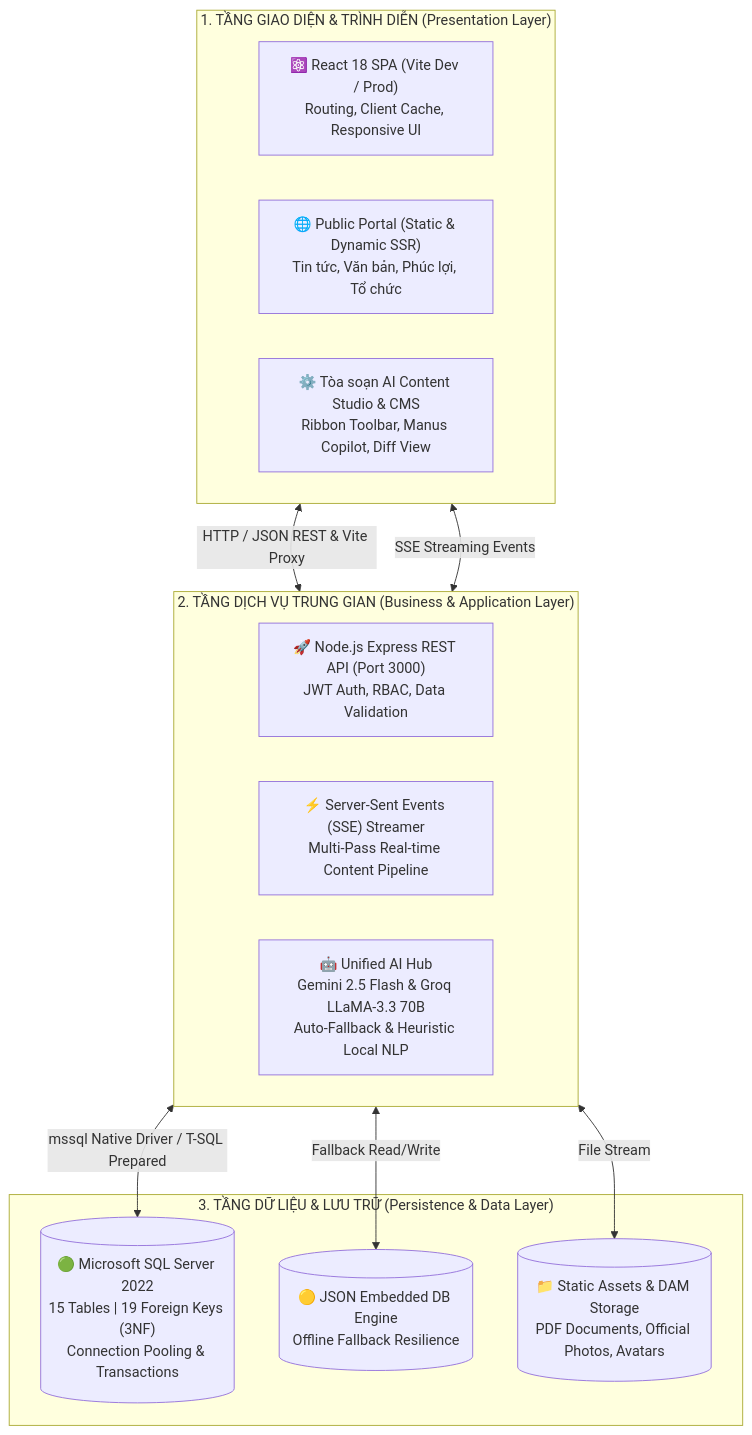
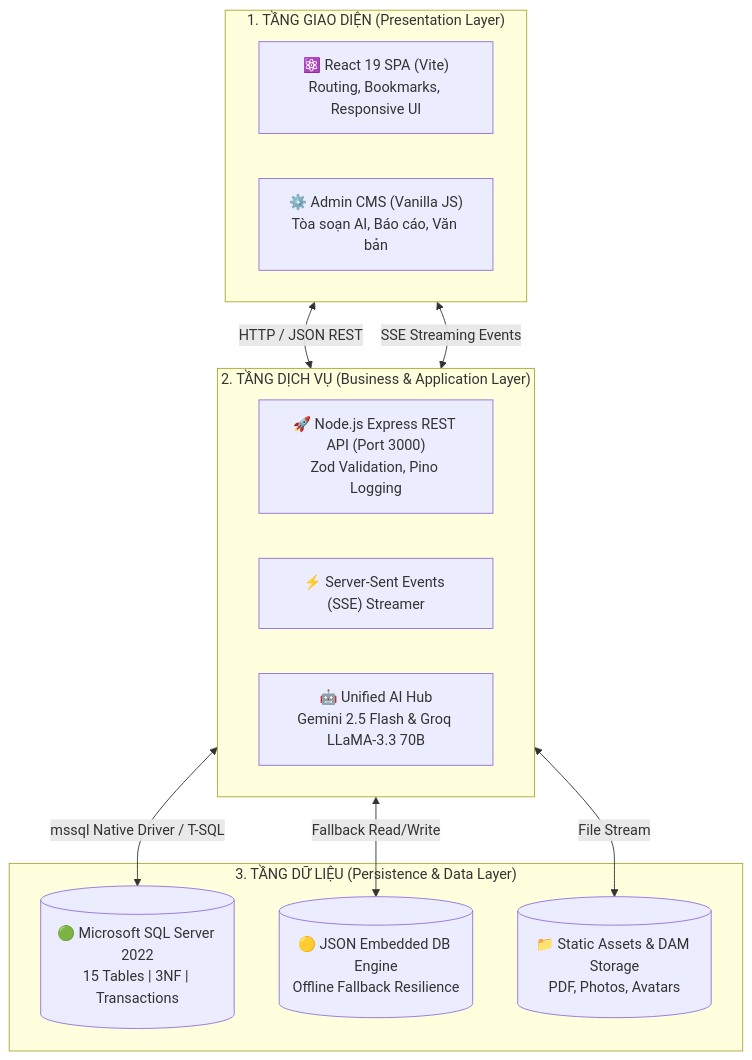
One commit to t5ry7y88889/CongDoanTDMU changed the diagram in README.md. Above: the diagram before and after it, drawn with Mermaid. The commit also changed other lines of this file and 74 other files, not shown here.

First line of the commit message:
feat: modernize to React SPA + Express API with MSSQL/JSON fallback, tests, and fixes

````diff
--- a/README.md
+++ b/README.md
@@ -39,26 +33,25 @@
 ```mermaid
 graph TB
-    subgraph ClientLayer ["1. TẦNG GIAO DIỆN & TRÌNH DIỄN (Presentation Layer)"]
-        ReactApp["⚛️ React 18 SPA (Vite Dev / Prod)<br>Routing, Client Cache, Responsive UI"]
-        PortalApp["🌐 Public Portal (Static & Dynamic SSR)<br>Tin tức, Văn bản, Phúc lợi, Tổ chức"]
-        AdminCMS["⚙️ Tòa soạn AI Content Studio & CMS<br>Ribbon Toolbar, Manus Copilot, Diff View"]
+    subgraph ClientLayer ["1. TẦNG GIAO DIỆN (Presentation Layer)"]
+        ReactApp["⚛️ React 19 SPA (Vite)<br>Routing, Bookmarks, Responsive UI"]
+        AdminCMS["⚙️ Admin CMS (Vanilla JS)<br>Tòa soạn AI, Báo cáo, Văn bản"]
     end
 
-    subgraph ServiceLayer ["2. TẦNG DỊCH VỤ TRUNG GIAN (Business & Application Layer)"]
-        Express["🚀 Node.js Express REST API (Port 3000)<br>JWT Auth, RBAC, Data Validation"]
-        SSEHub["⚡ Server-Sent Events (SSE) Streamer<br>Multi-Pass Real-time Content Pipeline"]
-        AIGateway["🤖 Unified AI Hub<br>Gemini 2.5 Flash & Groq LLaMA-3.3 70B<br>Auto-Fallback & Heuristic Local NLP"]
+    subgraph ServiceLayer ["2. TẦNG DỊCH VỤ (Business & Application Layer)"]
+        Express["🚀 Node.js Express REST API (Port 3000)<br>Zod Validation, Pino Logging"]
+        SSEHub["⚡ Server-Sent Events (SSE) Streamer"]
+        AIGateway["🤖 Unified AI Hub<br>Gemini 2.5 Flash & Groq LLaMA-3.3 70B"]
     end
 
-    subgraph DataLayer ["3. TẦNG DỮ LIỆU & LƯU TRỮ (Persistence & Data Layer)"]
-        MSSQL[("🟢 Microsoft SQL Server 2022<br>15 Tables | 19 Foreign Keys (3NF)<br>Connection Pooling & Transactions")]
+    subgraph DataLayer ["3. TẦNG DỮ LIỆU (Persistence & Data Layer)"]
+        MSSQL[("🟢 Microsoft SQL Server 2022<br>15 Tables | 3NF | Transactions")]
         JSONDB[("🟡 JSON Embedded DB Engine<br>Offline Fallback Resilience")]
-        FileDAM[("📁 Static Assets & DAM Storage<br>PDF Documents, Official Photos, Avatars")]
+        FileDAM[("📁 Static Assets & DAM Storage<br>PDF, Photos, Avatars")]
     end
 
-    ClientLayer <-->|HTTP / JSON REST & Vite Proxy| ServiceLayer
+    ClientLayer <-->|HTTP / JSON REST| ServiceLayer
     ClientLayer <-->|SSE Streaming Events| ServiceLayer
-    ServiceLayer <-->|mssql Native Driver / T-SQL Prepared| MSSQL
+    ServiceLayer <-->|mssql Native Driver / T-SQL| MSSQL
     ServiceLayer <-->|Fallback Read/Write| JSONDB
     ServiceLayer <-->|File Stream| FileDAM
 ```
````
